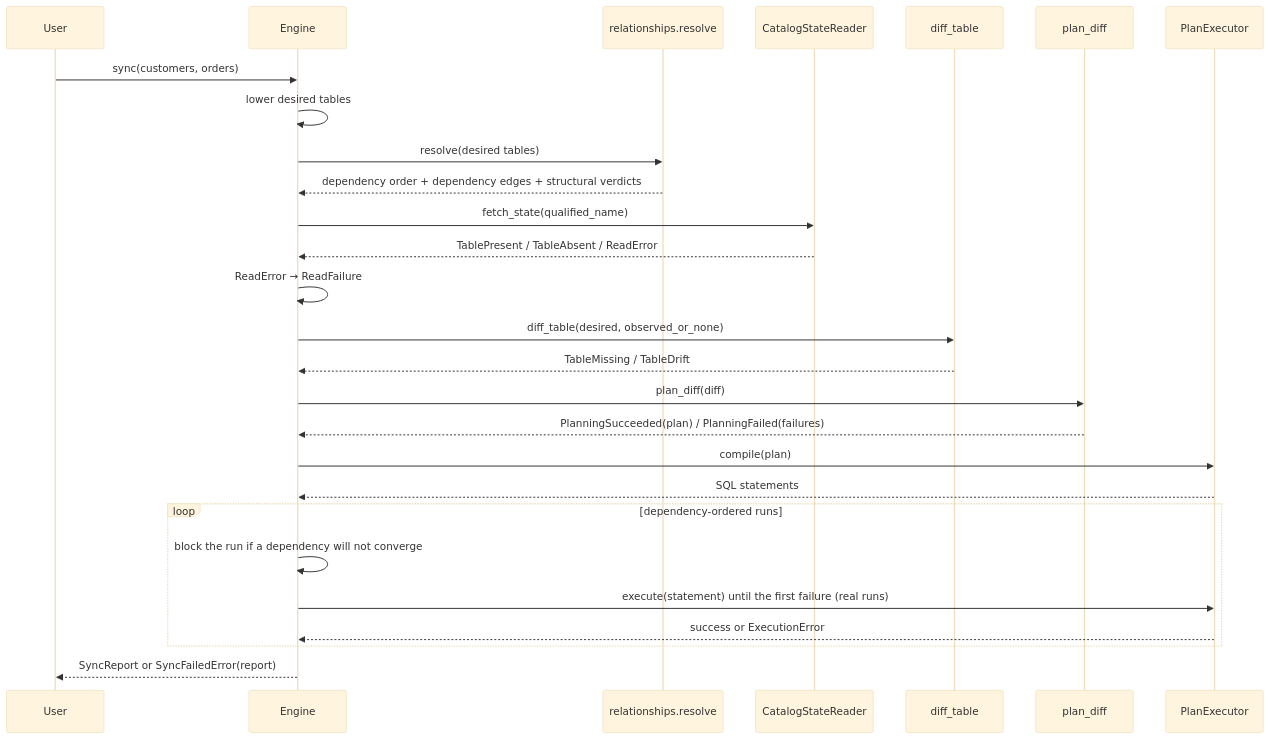
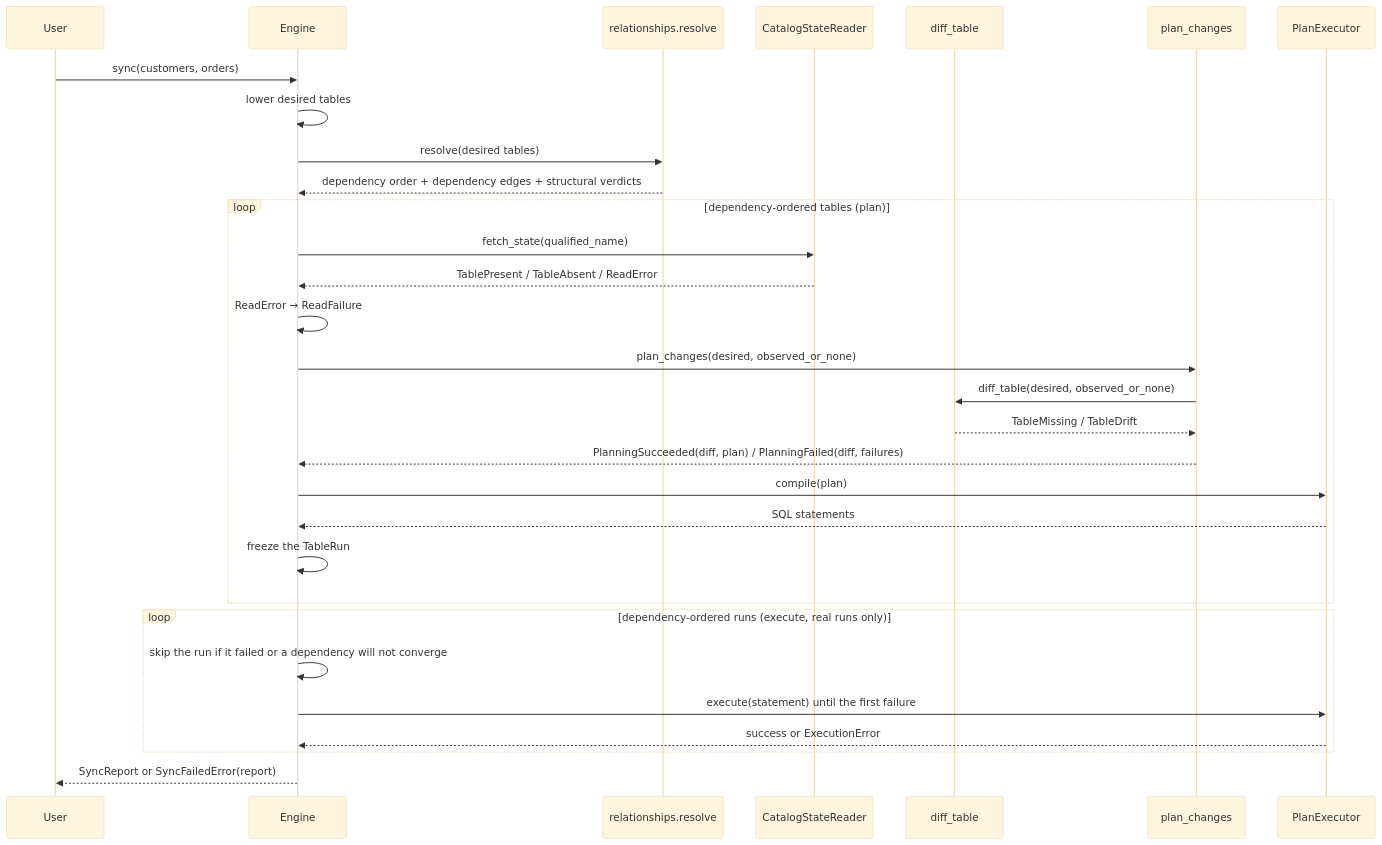
The third of 5 diagrams in docs/explanation-architecture.md (Tomoscorbin/delta-engine), drawn with Mermaid (base theme) before and after one commit. The commit also changed other lines of this file and 23 other files, not shown here.

First line of the commit message:
refactor!: rename TableRunReport to TableRun and build it per table (#328)

````diff
--- a/docs/explanation-architecture.md
+++ b/docs/explanation-architecture.md
@@ -274,30 +277,33 @@
 ```mermaid
 sequenceDiagram
     participant User
     participant Engine
     participant Resolver as relationships.resolve
     participant Reader as CatalogStateReader
     participant Differ as diff_table
-    participant Planner as plan_diff
+    participant Planner as plan_changes
     participant Executor as PlanExecutor
 
     User->>Engine: sync(customers, orders)
     Engine->>Engine: lower desired tables
     Engine->>Resolver: resolve(desired tables)
     Resolver-->>Engine: dependency order + dependency edges + structural verdicts
-    Engine->>Reader: fetch_state(qualified_name)
-    Reader-->>Engine: TablePresent / TableAbsent / ReadError
-    Engine->>Engine: ReadError → ReadFailure
-    Engine->>Differ: diff_table(desired, observed_or_none)
-    Differ-->>Engine: TableMissing / TableDrift
-    Engine->>Planner: plan_diff(diff)
-    Planner-->>Engine: PlanningSucceeded(plan) / PlanningFailed(failures)
-    Engine->>Executor: compile(plan)
-    Executor-->>Engine: SQL statements
-    loop dependency-ordered runs
-        Engine->>Engine: block the run if a dependency will not converge
-        Engine->>Executor: execute(statement) until the first failure (real runs)
+    loop dependency-ordered tables (plan)
+        Engine->>Reader: fetch_state(qualified_name)
+        Reader-->>Engine: TablePresent / TableAbsent / ReadError
+        Engine->>Engine: ReadError → ReadFailure
+        Engine->>Planner: plan_changes(desired, observed_or_none)
+        Planner->>Differ: diff_table(desired, observed_or_none)
+        Differ-->>Planner: TableMissing / TableDrift
+        Planner-->>Engine: PlanningSucceeded(diff, plan) / PlanningFailed(diff, failures)
+        Engine->>Executor: compile(plan)
+        Executor-->>Engine: SQL statements
+        Engine->>Engine: freeze the TableRun
+    end
+    loop dependency-ordered runs (execute, real runs only)
+        Engine->>Engine: skip the run if it failed or a dependency will not converge
+        Engine->>Executor: execute(statement) until the first failure
         Executor-->>Engine: success or ExecutionError
     end
     Engine-->>User: SyncReport or SyncFailedError(report)
 ```
````
